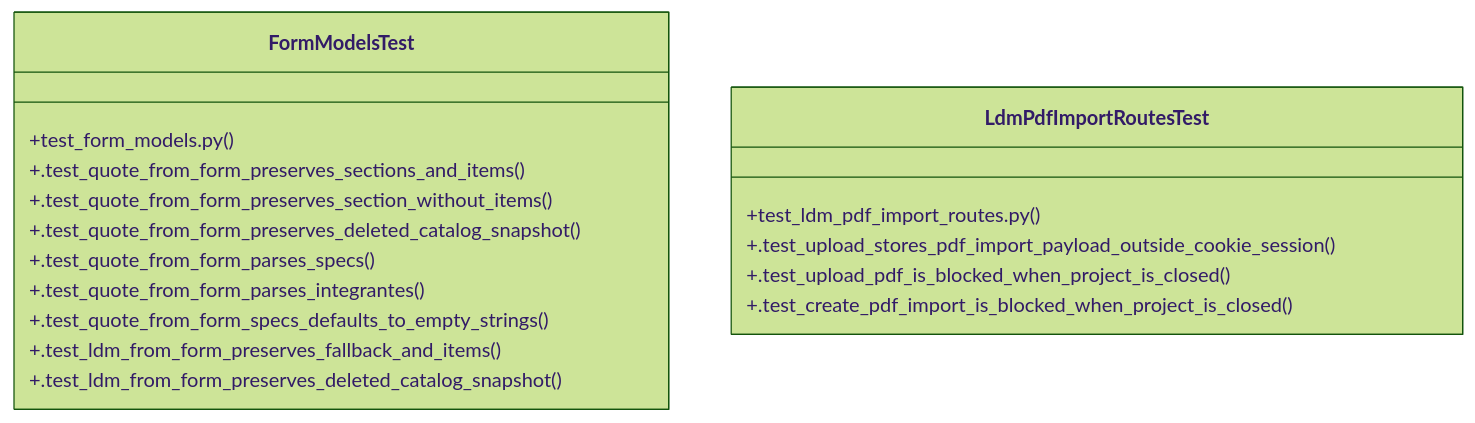
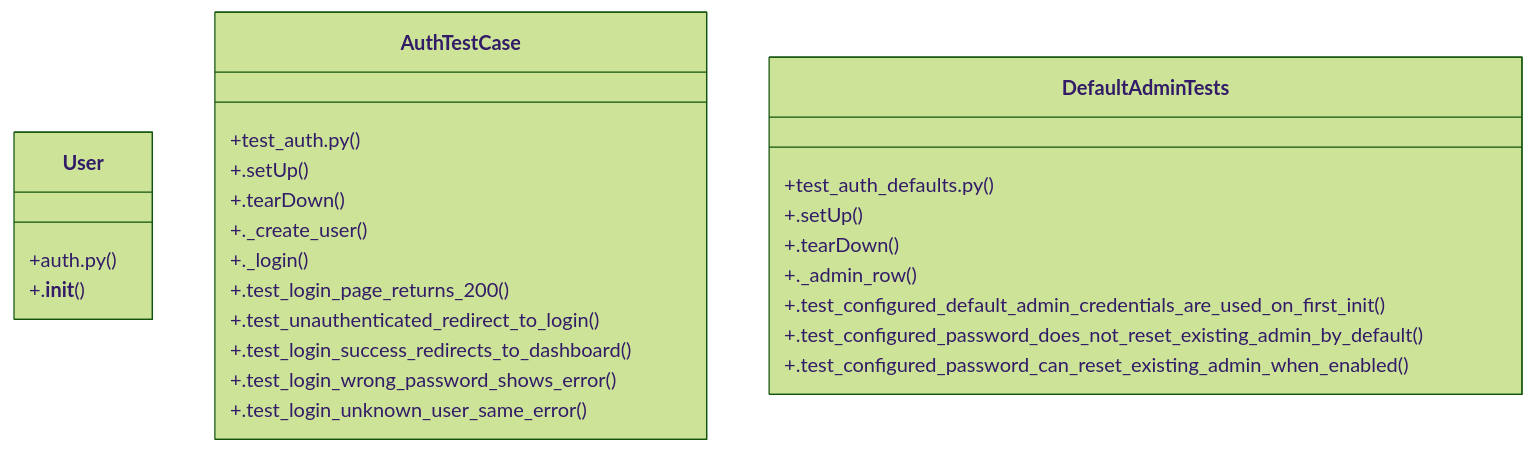
One commit to Daftrick/ProjectTracker changed the diagram in graphify-out/wiki/Community_7.md. Above: the diagram before and after it, drawn with Mermaid (forest theme). The commit also changed other lines of this file and 413 other files, not shown here.

````diff
--- a/graphify-out/wiki/Community_7.md
+++ b/graphify-out/wiki/Community_7.md
@@ -36,20 +36,28 @@
 ```mermaid
 classDiagram
-    class FormModelsTest {
-        +test_form_models.py()
-        +.test_quote_from_form_preserves_sections_and_items()
-        +.test_quote_from_form_preserves_section_without_items()
-        +.test_quote_from_form_preserves_deleted_catalog_snapshot()
-        +.test_quote_from_form_parses_specs()
-        +.test_quote_from_form_parses_integrantes()
-        +.test_quote_from_form_specs_defaults_to_empty_strings()
-        +.test_ldm_from_form_preserves_fallback_and_items()
-        +.test_ldm_from_form_preserves_deleted_catalog_snapshot()
+    class User {
+        +auth.py()
+        +.__init__()
     }
-    class LdmPdfImportRoutesTest {
-        +test_ldm_pdf_import_routes.py()
-        +.test_upload_stores_pdf_import_payload_outside_cookie_session()
-        +.test_upload_pdf_is_blocked_when_project_is_closed()
-        +.test_create_pdf_import_is_blocked_when_project_is_closed()
+    class AuthTestCase {
+        +test_auth.py()
+        +.setUp()
+        +.tearDown()
+        +._create_user()
+        +._login()
+        +.test_login_page_returns_200()
+        +.test_unauthenticated_redirect_to_login()
+        +.test_login_success_redirects_to_dashboard()
+        +.test_login_wrong_password_shows_error()
+        +.test_login_unknown_user_same_error()
+    }
+    class DefaultAdminTests {
+        +test_auth_defaults.py()
+        +.setUp()
+        +.tearDown()
+        +._admin_row()
+        +.test_configured_default_admin_credentials_are_used_on_first_init()
+        +.test_configured_password_does_not_reset_existing_admin_by_default()
+        +.test_configured_password_can_reset_existing_admin_when_enabled()
     }
 ```
````
